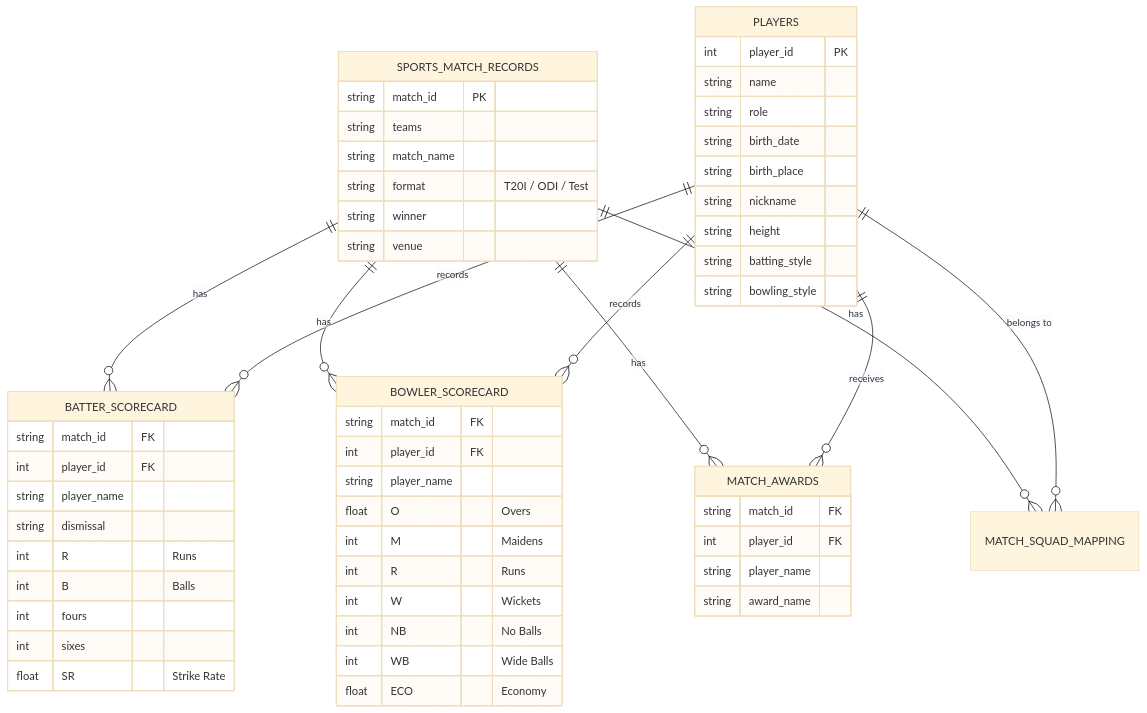
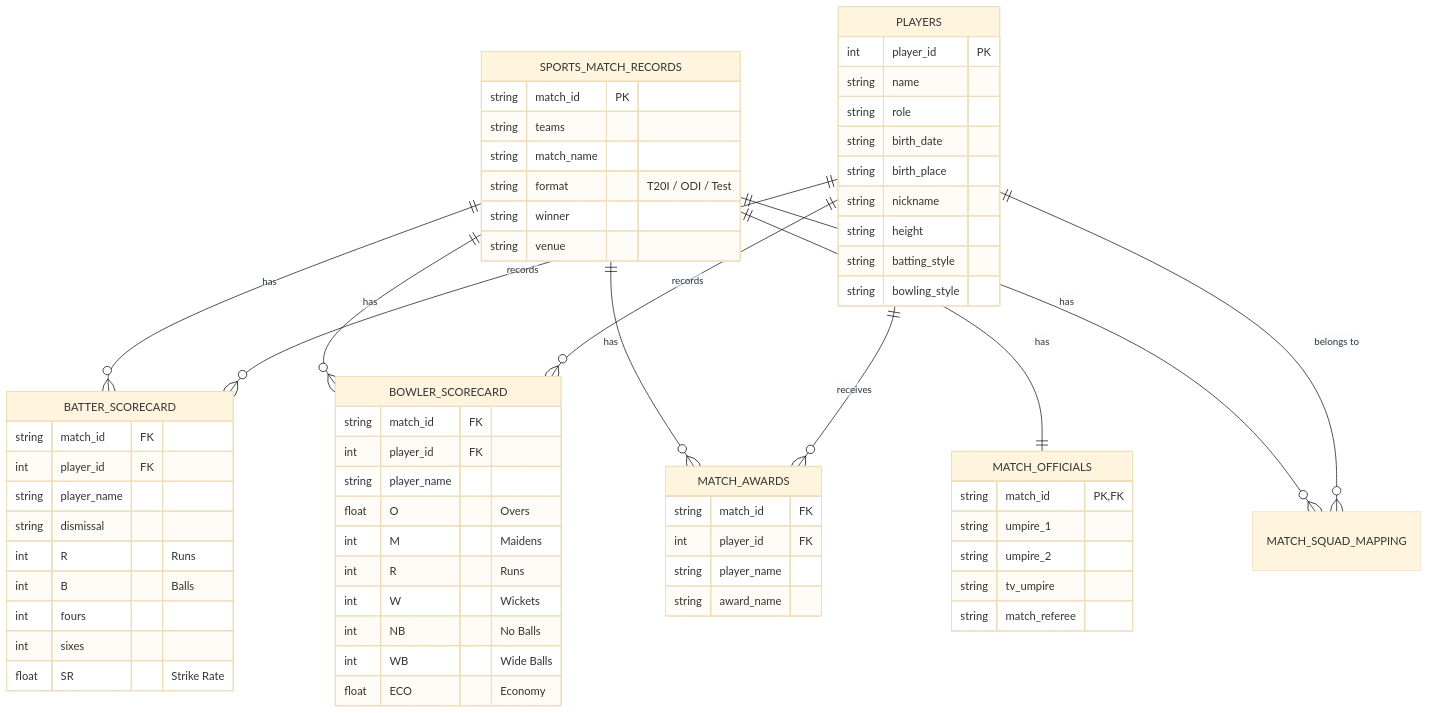
Before and after one commit to Carnage08/cricbuzz: the second of 2 diagrams in README.md, drawn with Mermaid (base theme). The commit also changed 2 other files, not shown here.

Commit message:
officials

````diff
--- a/README.md
+++ b/README.md
@@ -39,64 +39,73 @@
 ```mermaid
 erDiagram
     SPORTS_MATCH_RECORDS ||--o{ BATTER_SCORECARD : "has"
     SPORTS_MATCH_RECORDS ||--o{ BOWLER_SCORECARD : "has"
     SPORTS_MATCH_RECORDS ||--o{ MATCH_AWARDS : "has"
+    SPORTS_MATCH_RECORDS ||--|| MATCH_OFFICIALS : "has"
     SPORTS_MATCH_RECORDS ||--o{ MATCH_SQUAD_MAPPING : "has"
     PLAYERS ||--o{ MATCH_SQUAD_MAPPING : "belongs to"
     PLAYERS ||--o{ BATTER_SCORECARD : "records"
     PLAYERS ||--o{ BOWLER_SCORECARD : "records"
     PLAYERS ||--o{ MATCH_AWARDS : "receives"
 
     SPORTS_MATCH_RECORDS {
         string match_id PK
         string teams
         string match_name
         string format "T20I / ODI / Test"
         string winner
         string venue
     }
 
     BATTER_SCORECARD {
         string match_id FK
         int player_id FK
         string player_name
         string dismissal
         int R "Runs"
         int B "Balls"
         int fours
         int sixes
         float SR "Strike Rate"
     }
 
     BOWLER_SCORECARD {
         string match_id FK
         int player_id FK
         string player_name
         float O "Overs"
         int M "Maidens"
         int R "Runs"
         int W "Wickets"
         int NB "No Balls"
         int WB "Wide Balls"
         float ECO "Economy"
     }
 
     PLAYERS {
         int player_id PK
         string name
         string role
         string birth_date
         string birth_place
         string nickname
         string height
         string batting_style
         string bowling_style
     }
 
     MATCH_AWARDS {
         string match_id FK
         int player_id FK
         string player_name
         string award_name
     }
+
+    MATCH_OFFICIALS {
+        string match_id PK, FK
+        string umpire_1
+        string umpire_2
+        string tv_umpire
+        string match_referee
+    }
 ```
````
